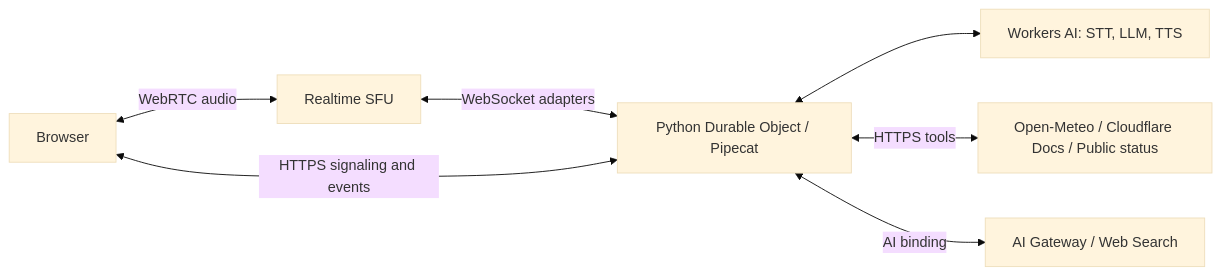
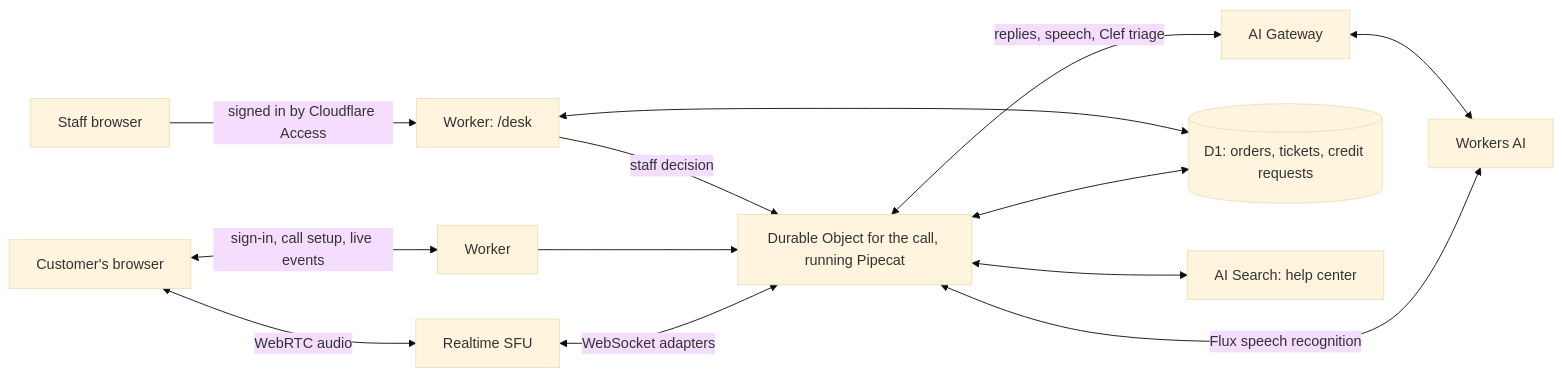
Before and after one commit to korinne/support-voice-agent: the diagram in README.md, drawn with Mermaid (base theme). The commit also changed other lines of this file and 106 other files, not shown here.

````diff
--- a/README.md
+++ b/README.md
@@ -13,9 +25,15 @@
 ```mermaid
 flowchart LR
-  Browser <-->|WebRTC audio| SFU[Realtime SFU]
-  SFU <-->|WebSocket adapters| Agent[Python Durable Object / Pipecat]
-  Agent <--> AI[Workers AI: STT, LLM, TTS]
-  Agent <-->|HTTPS tools| Tools[Open-Meteo / Cloudflare Docs / Public status]
-  Agent <-->|AI binding| Search[AI Gateway / Web Search]
-  Browser <-->|HTTPS signaling and events| Agent
+  Customer["Customer's browser"] <-->|WebRTC audio| SFU[Realtime SFU]
+  SFU <-->|WebSocket adapters| Call["Durable Object for the call, running Pipecat"]
+  Customer <-->|"sign-in, call setup, live events"| Worker[Worker]
+  Worker --> Call
+  Call <-->|Flux speech recognition| AI[Workers AI]
+  Call <-->|"replies, speech, Clef triage"| Gateway[AI Gateway]
+  Gateway <--> AI
+  Call <--> DB[("D1: orders, tickets, credit requests")]
+  Call <--> Search["AI Search: help center"]
+  Staff["Staff browser"] -->|signed in by Cloudflare Access| Desk["Worker: /desk"]
+  Desk <--> DB
+  Desk -->|staff decision| Call
 ```
````
